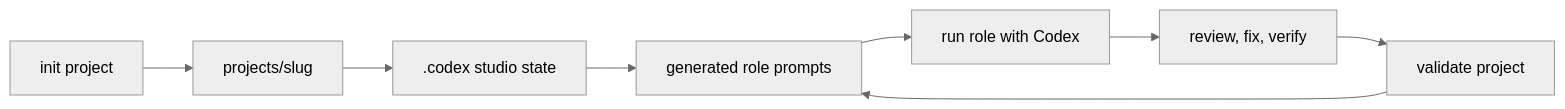
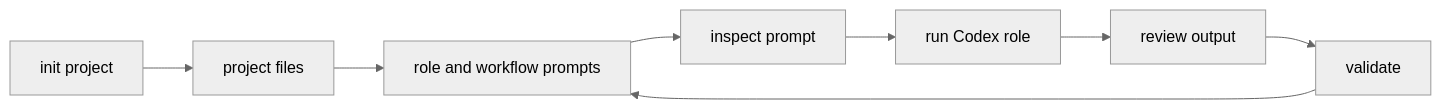
One commit to merlinhu1/codex-game-studio changed the diagram in README.md. Above: the diagram before and after it, drawn with Mermaid (neutral theme). The commit also changed other lines of this file and 9 other files, not shown here.

````diff
--- a/README.md
+++ b/README.md
@@ -36,10 +78,10 @@
 ```mermaid
 flowchart LR
-  A[init project] --> B[projects/slug]
-  B --> C[.codex studio state]
-  C --> D[generated role prompts]
-  D --> E[run role with Codex]
-  E --> F[review, fix, verify]
-  F --> G[validate project]
-  G --> D
+  A[init project] --> B[project files]
+  B --> C[role and workflow prompts]
+  C --> D[inspect prompt]
+  D --> E[run Codex role]
+  E --> F[review output]
+  F --> G[validate]
+  G --> C
 ```
````
